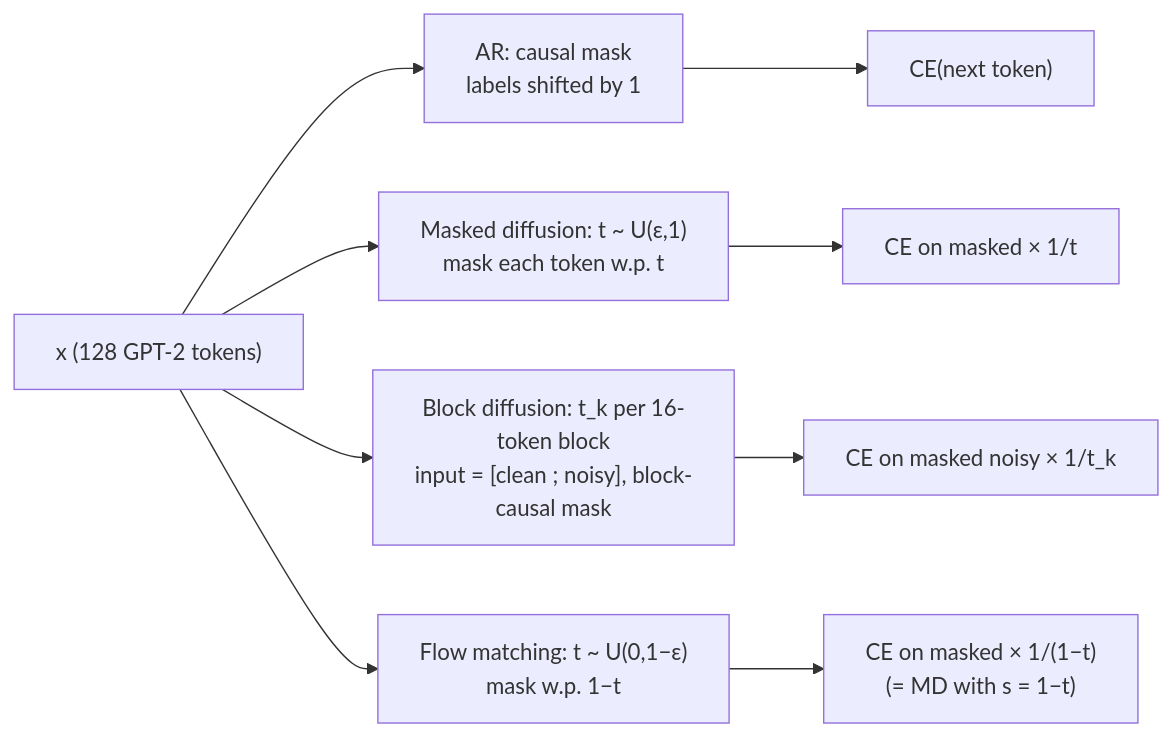
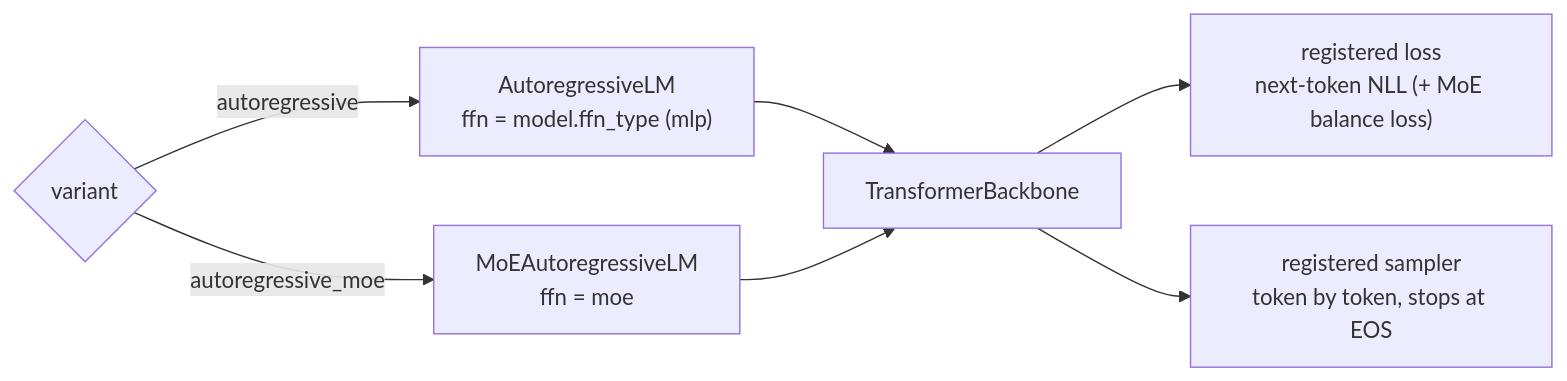
Before and after one commit to basaanithanaveenkumar/Hale-LLM: the first of 4 diagrams in docs/architecture.md, drawn with Mermaid. The commit also changed other lines of this file and 215 other files, not shown here.

First line of the commit message:
refactor: clean base with own transformer block and mixture of experts

````diff
--- a/docs/architecture.md
+++ b/docs/architecture.md
@@ -243,7 +6,9 @@
 ```mermaid
 flowchart LR
-  X["x (128 GPT-2 tokens)"] --> ARc["AR: causal mask<br/>labels shifted by 1"] --> ARl["CE(next token)"]
-  X --> MDc["Masked diffusion: t ~ U(ε,1)<br/>mask each token w.p. t"] --> MDl["CE on masked × 1/t"]
-  X --> BDc["Block diffusion: t_k per 16-token block<br/>input = [clean ; noisy], block-causal mask"] --> BDl["CE on masked noisy × 1/t_k"]
-  X --> FMc["Flow matching: t ~ U(0,1−ε)<br/>mask w.p. 1−t"] --> FMl["CE on masked × 1/(1−t)<br/>(= MD with s = 1−t)"]
+  V{"variant"} -- autoregressive --> D["AutoregressiveLM<br/>ffn = model.ffn_type (mlp)"]
+  V -- autoregressive_moe --> M["MoEAutoregressiveLM<br/>ffn = moe"]
+  D --> B["TransformerBackbone"]
+  M --> B
+  B --> L["registered loss<br/>next-token NLL (+ MoE balance loss)"]
+  B --> S["registered sampler<br/>token by token, stops at EOS"]
 ```
````
